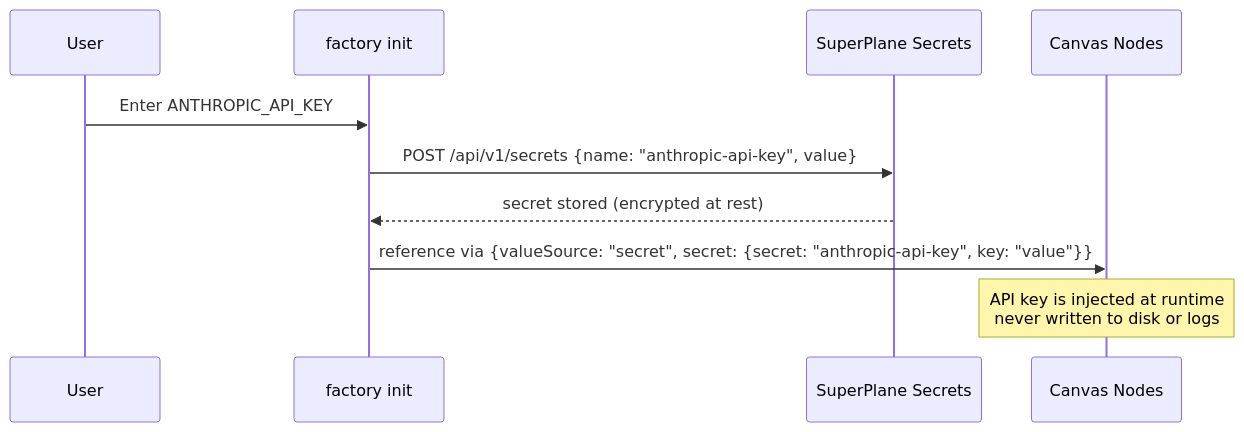
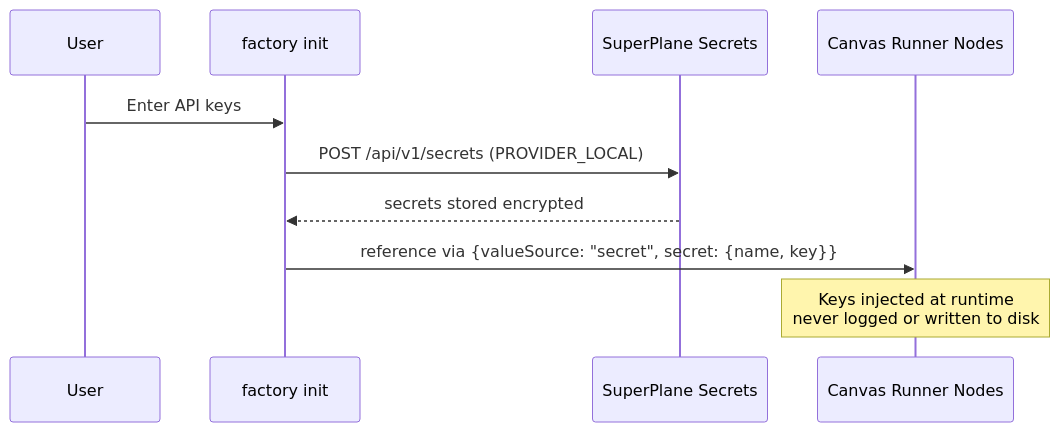
Before and after one commit to hongchengw/superplane-render-nyc-hack: the fourth of 5 diagrams in README.md, drawn with Mermaid. The commit also changed other lines of this file and 5 other files, not shown here.

First line of the commit message:
fix: secret creation API, agent-friendly UX, repo URL parsing v0.1.1

````diff
--- a/README.md
+++ b/README.md
@@ -212,13 +255,13 @@
 ```mermaid
 sequenceDiagram
     participant User
     participant CLI as factory init
     participant SP as SuperPlane Secrets
-    participant Canvas as Canvas Nodes
+    participant Runner as Canvas Runner Nodes
 
-    User->>CLI: Enter ANTHROPIC_API_KEY
-    CLI->>SP: POST /api/v1/secrets {name: "anthropic-api-key", value}
-    SP-->>CLI: secret stored (encrypted at rest)
-    CLI->>Canvas: reference via {valueSource: "secret", secret: {secret: "anthropic-api-key", key: "value"}}
-    Note over Canvas: API key is injected at runtime<br/>never written to disk or logs
+    User->>CLI: Enter API keys
+    CLI->>SP: POST /api/v1/secrets (PROVIDER_LOCAL)
+    SP-->>CLI: secrets stored encrypted
+    CLI->>Runner: reference via {valueSource: "secret", secret: {name, key}}
+    Note over Runner: Keys injected at runtime<br/>never logged or written to disk
 ```
````
